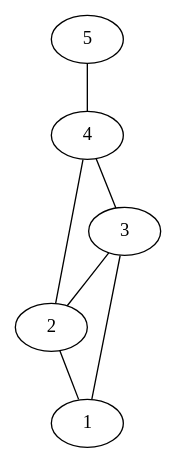
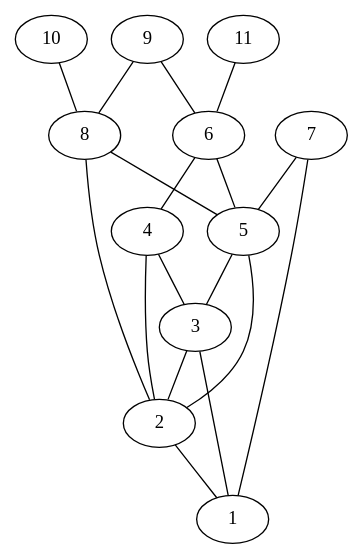
One commit to felixble/htw-ava-ws16-rumor changed the diagram in config/graph2.dot. Above: the diagram before and after it, drawn with Graphviz. The commit also changed 9 other files, not shown here.

Commit message:
bugfix graphviz parser: nodes idenified by a number with more than one digit.

```diff
--- a/config/graph2.dot
+++ b/config/graph2.dot
@@ -1,8 +1,19 @@
 graph G {
 2 -- 1;
 3 -- 2;
+4 -- 3;
+5 -- 2;
+6 -- 4;
+7 -- 5;
+8 -- 2;
+9 -- 6;
+10 -- 8;
+11 -- 6;
+3 -- 1;
 4 -- 2;
-5 -- 4;
-3 -- 1;
-4 -- 3;
+5 -- 3;
+6 -- 5;
+7 -- 1;
+8 -- 5;
+9 -- 8;
 }
```
